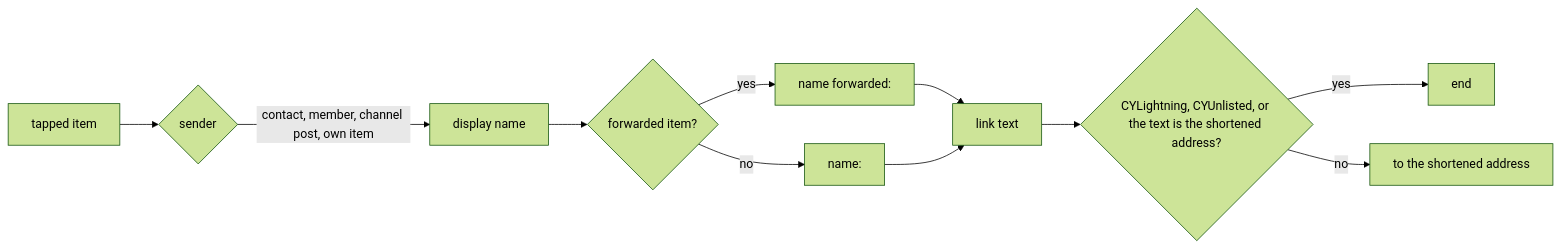
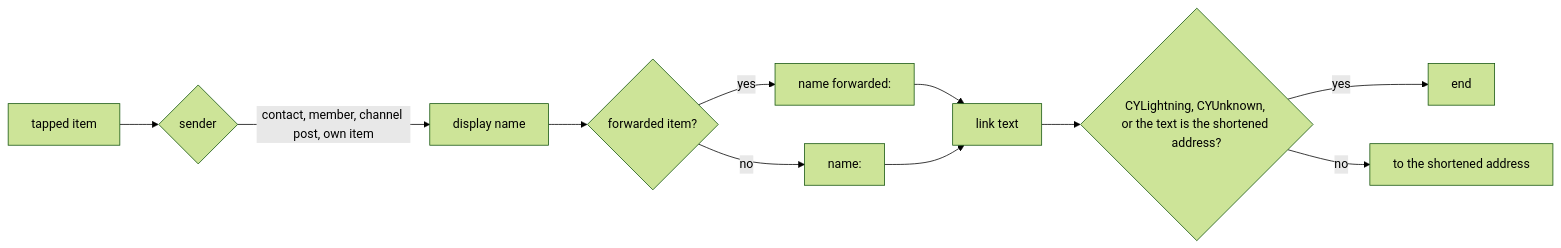
Before and after one commit to simplex-chat/simplex-chat: the sixth of 10 diagrams in plans/2026-11-22-payment-addresses.md, drawn with Mermaid (forest theme). The commit also changed other lines of this file and 10 other files, not shown here.

````diff
--- a/plans/2026-11-22-payment-addresses.md
+++ b/plans/2026-11-22-payment-addresses.md
@@ -639,13 +678,13 @@
 ```mermaid
 flowchart LR
   I["tapped item"] --> N{"sender"}
   N -->|"contact, member, channel post, own item"| NM["display name"]
   NM --> F{"forwarded item?"}
   F -->|yes| P1["name forwarded:"]
   F -->|no| P2["name:"]
   P1 --> LT["link text"]
   P2 --> LT
-  LT --> A{"CYLightning, CYUnlisted, or the text is the shortened address?"}
+  LT --> A{"CYLightning, CYUnknown, or the text is the shortened address?"}
   A -->|yes| E["end"]
   A -->|no| TO["to the shortened address"]
 ```
````
